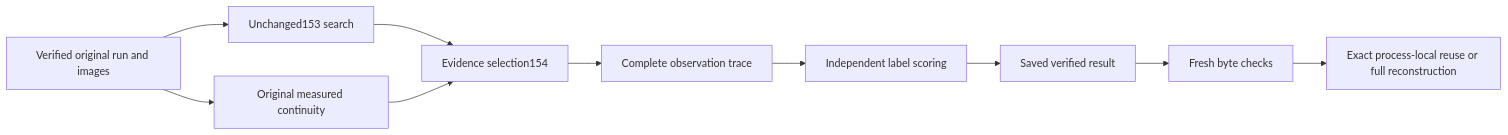
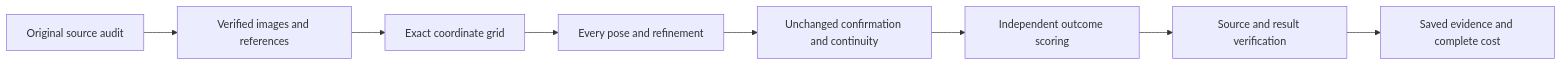
One commit to eyeoverthink/Fraynix-Agent-Workspace changed the diagram in README.md. Above: the diagram before and after it, drawn with Mermaid. The commit also changed other lines of this file and 86 other files, not shown here.

Commit message:
Document edition 155 exact reconstruction and harder returns

````diff
--- a/README.md
+++ b/README.md
@@ -111,12 +105,10 @@
 ```mermaid
 flowchart LR
-  A[Verified original run and images] --> B[Unchanged153 search]
-  A --> C[Original measured continuity]
-  B --> D[Evidence selection154]
-  C --> D
-  D --> E[Complete observation trace]
-  E --> F[Independent label scoring]
-  F --> G[Saved verified result]
-  G --> H[Fresh byte checks]
-  H --> I[Exact process-local reuse or full reconstruction]
+  A[Original source audit] --> B[Verified images and references]
+  B --> C[Exact coordinate grid]
+  C --> D[Every pose and refinement]
+  D --> E[Unchanged confirmation and continuity]
+  E --> F[Independent outcome scoring]
+  F --> G[Source and result verification]
+  G --> H[Saved evidence and complete cost]
 ```
````
